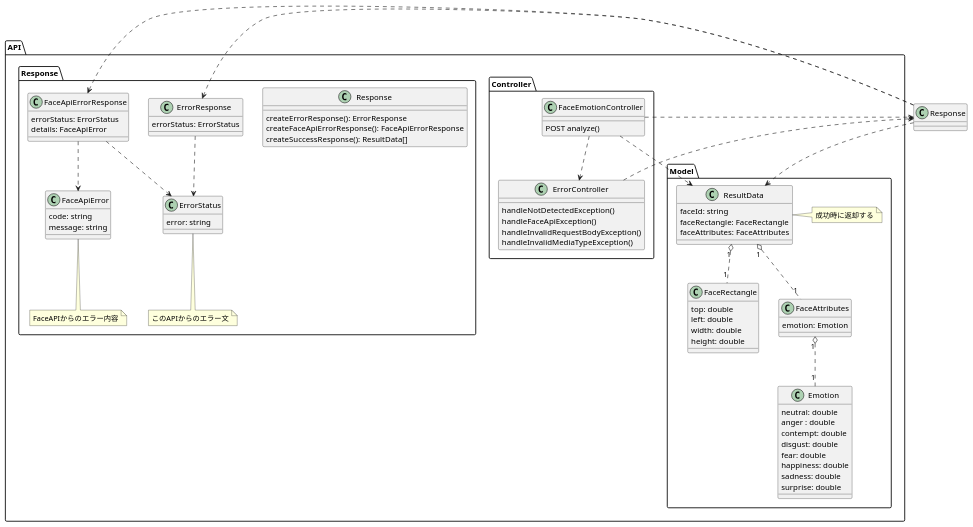
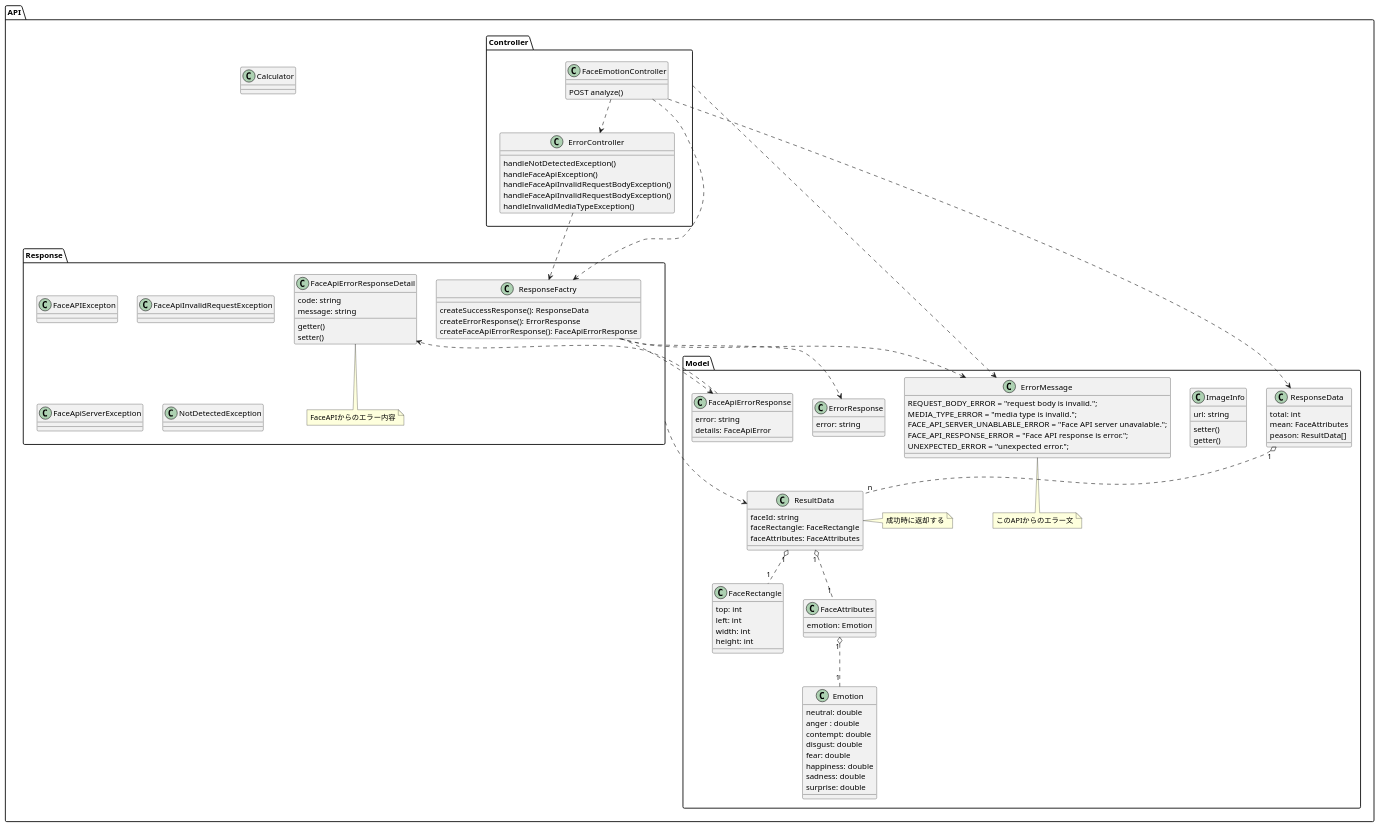
Before and after one commit to nishikawa1114/FaceEmotionSystem: the diagram in doc/uml/classDiagApi.pu, drawn with PlantUML.

Commit message:
修正

```diff
--- a/doc/uml/classDiagApi.pu
+++ b/doc/uml/classDiagApi.pu
@@ -1,97 +1,140 @@
 @startuml Face Emotion Analyzer API
 
 ' サーバーサイド
 package "API" {
 
     package "Controller" {
         class FaceEmotionController {
             POST analyze()
         }
 
         class ErrorController {
             handleNotDetectedException()
             handleFaceApiException()
-            handleInvalidRequestBodyException()
+            handleFaceApiInvalidRequestBodyException()
+            handleFaceApiInvalidRequestBodyException()
             handleInvalidMediaTypeException()
         }
     }
 
     package "Response" {
-        class Response {
+
+        class ResponseFactry {
+            createSuccessResponse(): ResponseData
             createErrorResponse(): ErrorResponse
             createFaceApiErrorResponse(): FaceApiErrorResponse
-            createSuccessResponse(): ResultData[]
         }
 
-        class ErrorResponse {
-            errorStatus: ErrorStatus
+        class FaceApiErrorResponseDetail {
+            code: string
+            message: string
+            getter()
+            setter()
+        }
+        note bottom: FaceAPIからのエラー内容
+
+        class FaceAPIExcepton {
+
         }
 
-        class ErrorStatus {
-            error: string
-        }
-        note bottom: このAPIからのエラー文
+        class FaceApiInvalidRequestException {
 
-        class FaceApiErrorResponse {
-            errorStatus: ErrorStatus
-            details: FaceApiError
         }
 
-        class FaceApiError {
-            code: string
-            message: string
+        class FaceApiServerException {
+
         }
-        note bottom: FaceAPIからのエラー内容
+
+        class NotDetectedException {
+
+        }
     }
 
 
     package "Model" {
+        class ResponseData {
+            total: int
+            mean: FaceAttributes
+            peason: ResultData[]
+        }
+
         class ResultData {
             faceId: string
             faceRectangle: FaceRectangle
             faceAttributes: FaceAttributes
         }
         note right: 成功時に返却する
 
         class FaceRectangle {
-            top: double
-            left: double
-            width: double
-            height: double
+            top: int
+            left: int
+            width: int
+            height: int
         }
 
         class FaceAttributes {
             emotion: Emotion
         }
 
         class Emotion {
             neutral: double
             anger : double
             contempt: double
             disgust: double
             fear: double
             happiness: double
             sadness: double
             surprise: double
         }
+
+        class ImageInfo {
+            url: string
+            setter()
+            getter()
+        }
+
+        class ErrorResponse {
+            error: string
+        }
+
+        class ErrorMessage {
+            REQUEST_BODY_ERROR = "request body is invalid.";
+            MEDIA_TYPE_ERROR = "media type is invalid.";
+            FACE_API_SERVER_UNABLABLE_ERROR = "Face API server unavalable.";
+            FACE_API_RESPONSE_ERROR = "Face API response is error.";
+            UNEXPECTED_ERROR = "unexpected error.";
+        }
+
+        note bottom: このAPIからのエラー文
+
+        class FaceApiErrorResponse {
+            error: string
+            details: FaceApiError
+        }
+    }
+
+    class Calculator {
+
     }
 
 }
 
+ResponseData "1" o.. "n" ResultData
 ResultData "1" o.. "1" FaceRectangle
 ResultData "1" o.. "1" FaceAttributes
 FaceAttributes "1" o.. "1" Emotion
 
-FaceEmotionController ..> ResultData
+FaceEmotionController ..> ResponseData
 FaceEmotionController ..> ErrorController
 
-FaceEmotionController ..> Response
-ErrorController ..> Response
-Response ..> ErrorResponse
-Response ..> FaceApiErrorResponse
-ErrorResponse ..> ErrorStatus
-FaceApiErrorResponse ..> FaceApiError
-FaceApiErrorResponse ..> ErrorStatus
+Controller ..> ErrorMessage
+ResponseFactry ..> ErrorMessage
+
+FaceEmotionController ..> ResponseFactry
+ErrorController ..> ResponseFactry
+ResponseFactry ..> ErrorResponse
+ResponseFactry ..> FaceApiErrorResponse
+FaceApiErrorResponse ..> FaceApiErrorResponseDetail
 Response ..> ResultData
 
 @enduml
```
